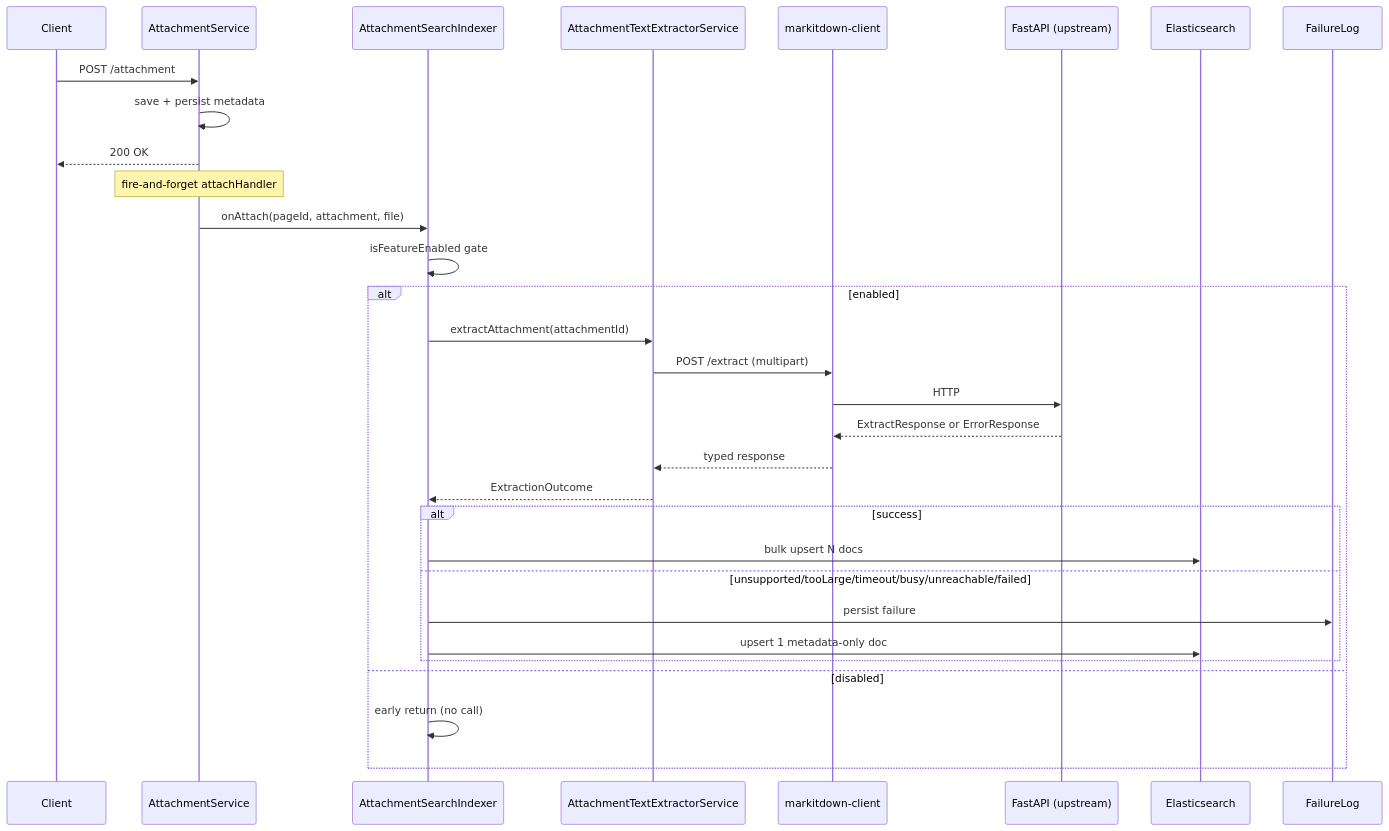
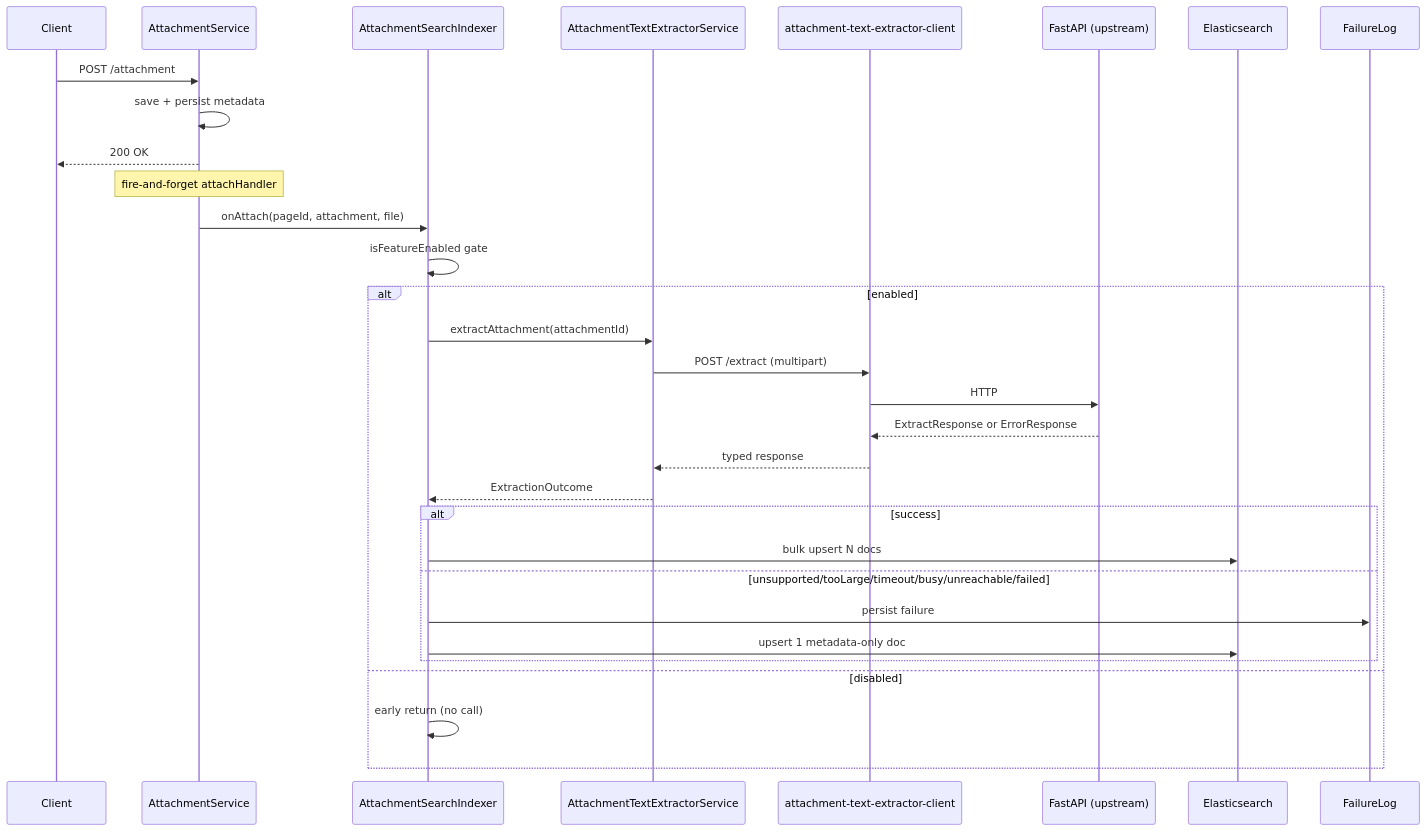
Before and after one commit to growilabs/growi: the second of 6 diagrams in .kiro/specs/attachment-search-indexing/design.md, drawn with Mermaid. The commit also changed other lines of this file and 112 other files, not shown here.

First line of the commit message:
refactor(attachment-search): rename markitdown-specific names to engine-neutral ones

````diff
--- a/.kiro/specs/attachment-search-indexing/design.md
+++ b/.kiro/specs/attachment-search-indexing/design.md
@@ -264,34 +264,34 @@
 ```mermaid
 sequenceDiagram
     participant Client
     participant Att as AttachmentService
     participant Idx as AttachmentSearchIndexer
     participant Ext as AttachmentTextExtractorService
-    participant Mk as markitdown-client
+    participant Mk as attachment-text-extractor-client
     participant Upstream as FastAPI (upstream)
     participant ES as Elasticsearch
     participant Log as FailureLog
 
     Client->>Att: POST /attachment
     Att->>Att: save + persist metadata
     Att-->>Client: 200 OK
     Note over Att: fire-and-forget attachHandler
     Att->>Idx: onAttach(pageId, attachment, file)
     Idx->>Idx: isFeatureEnabled gate
     alt enabled
         Idx->>Ext: extractAttachment(attachmentId)
         Ext->>Mk: POST /extract (multipart)
         Mk->>Upstream: HTTP
         Upstream-->>Mk: ExtractResponse or ErrorResponse
         Mk-->>Ext: typed response
         Ext-->>Idx: ExtractionOutcome
         alt success
             Idx->>ES: bulk upsert N docs
         else unsupported/tooLarge/timeout/busy/unreachable/failed
             Idx->>Log: persist failure
             Idx->>ES: upsert 1 metadata-only doc
         end
     else disabled
         Idx->>Idx: early return (no call)
     end
 ```
````
